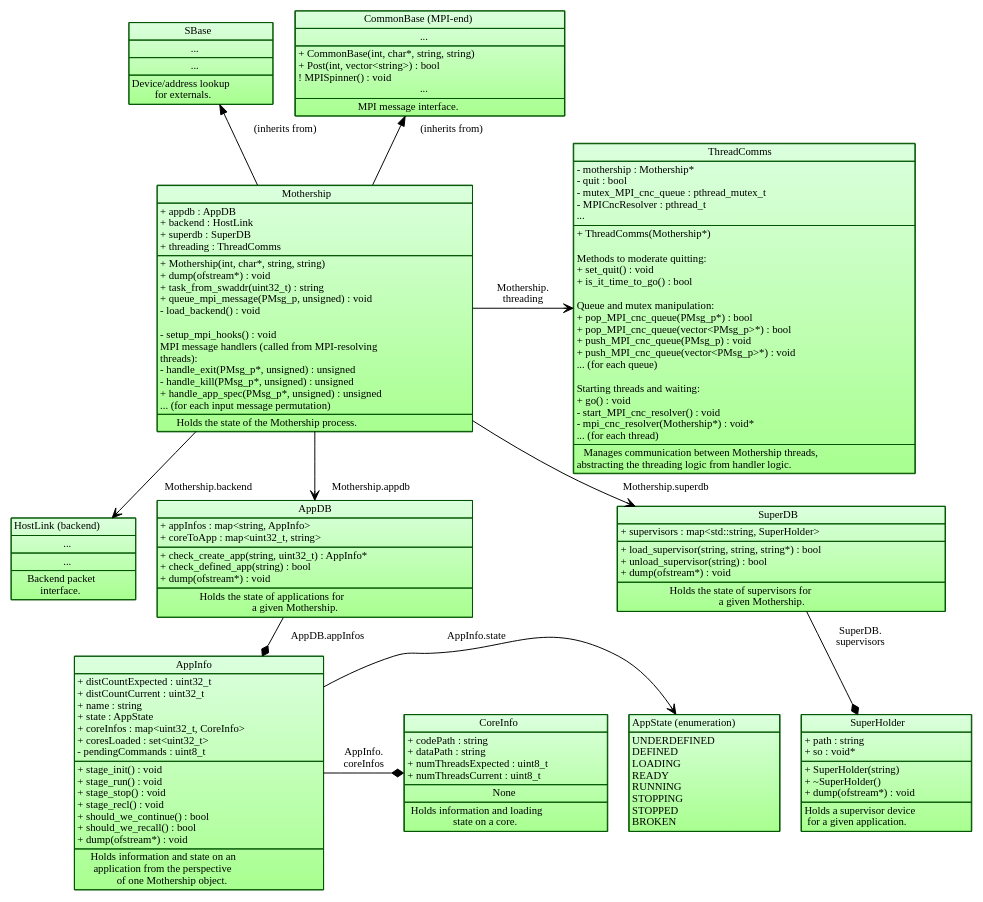
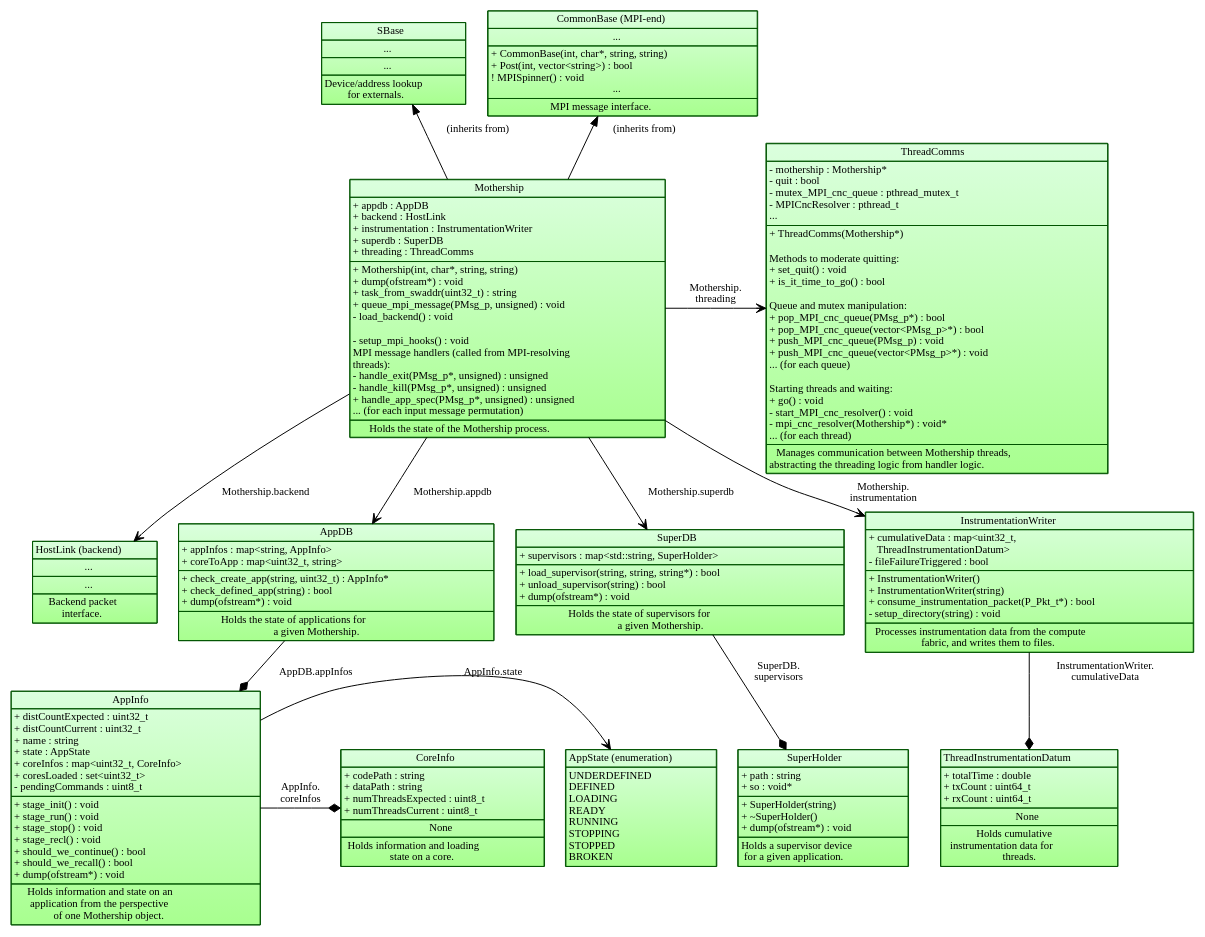
One commit to POETSII/orchestrator-documentation changed the diagram in images/source/mothership_data_structure.dot. Above: the diagram before and after it, drawn with Graphviz. The commit also changed 1 other file, not shown here.

Commit message:
Add classes to facilitate instrumentation.

```diff
--- a/images/source/mothership_data_structure.dot
+++ b/images/source/mothership_data_structure.dot
@@ -159,11 +159,46 @@
 for a given application.<BR ALIGN="TEXT"/>
 </TD></TR></TABLE>>];
 
+    InstrumentationWriter[label=<<TABLE BORDER="0" CELLBORDER="1" CELLSPACING="0">
+<TR><TD>InstrumentationWriter</TD></TR>
+<TR><TD ALIGN="LEFT">
++ cumulativeData : map&lt;uint32_t,<BR ALIGN="LEFT"/>
+    ThreadInstrumentationDatum&gt;<BR ALIGN="LEFT"/>
+- fileFailureTriggered : bool<BR ALIGN="LEFT"/>
+</TD></TR>
+<TR><TD ALIGN="LEFT">
++ InstrumentationWriter()<BR ALIGN="LEFT"/>
++ InstrumentationWriter(string)<BR ALIGN="LEFT"/>
++ consume_instrumentation_packet(P_Pkt_t*) : bool<BR ALIGN="LEFT"/>
+- setup_directory(string) : void<BR ALIGN="LEFT"/>
+</TD></TR>
+<TR><TD ALIGN="TEXT">
+Processes instrumentation data from the compute<BR ALIGN="TEXT"/>
+fabric, and writes them to files.<BR ALIGN="TEXT"/>
+</TD></TR></TABLE>>];
+
+    ThreadInstrumentationDatum[label=<<TABLE BORDER="0" CELLBORDER="1" CELLSPACING="0">
+<TR><TD>ThreadInstrumentationDatum</TD></TR>
+<TR><TD ALIGN="LEFT">
++ totalTime : double<BR ALIGN="LEFT"/>
++ txCount : uint64_t<BR ALIGN="LEFT"/>
++ rxCount : uint64_t<BR ALIGN="LEFT"/>
+</TD></TR>
+<TR><TD ALIGN="TEXT">
+None
+</TD></TR>
+<TR><TD ALIGN="TEXT">
+Holds cumulative<BR ALIGN="TEXT"/>
+instrumentation data for<BR ALIGN="TEXT"/>
+threads.<BR ALIGN="TEXT"/>
+</TD></TR></TABLE>>];
+
     Mothership[label=<<TABLE BORDER="0" CELLBORDER="1" CELLSPACING="0">
 <TR><TD>Mothership</TD></TR>
 <TR><TD ALIGN="LEFT">
 + appdb : AppDB<BR ALIGN="LEFT"/>
 + backend : HostLink<BR ALIGN="LEFT"/>
++ instrumentation : InstrumentationWriter <BR ALIGN="LEFT"/>
 + superdb : SuperDB<BR ALIGN="LEFT"/>
 + threading : ThreadComms<BR ALIGN="LEFT"/>
 </TD></TR>
@@ -267,6 +302,7 @@
         Mothership -> ThreadComms[label=" Mothership.\nthreading"];
         Mothership -> AppDB[label=" Mothership.appdb"];
         Mothership -> SuperDB[label=" Mothership.superdb"];
+        Mothership -> InstrumentationWriter[label=" Mothership.\ninstrumentation"];
     }
 
     /* One-to-many containment. */
@@ -274,6 +310,7 @@
         SuperDB -> SuperHolder[label=" SuperDB.\nsupervisors"];
         AppDB -> AppInfo[label=" AppDB.appInfos"];
         AppInfo -> CoreInfo[label=" AppInfo.\ncoreInfos"];
+        InstrumentationWriter -> ThreadInstrumentationDatum[label=" InstrumentationWriter.\ncumulativeData"];
     }
 
     /* Inheritance */
```
